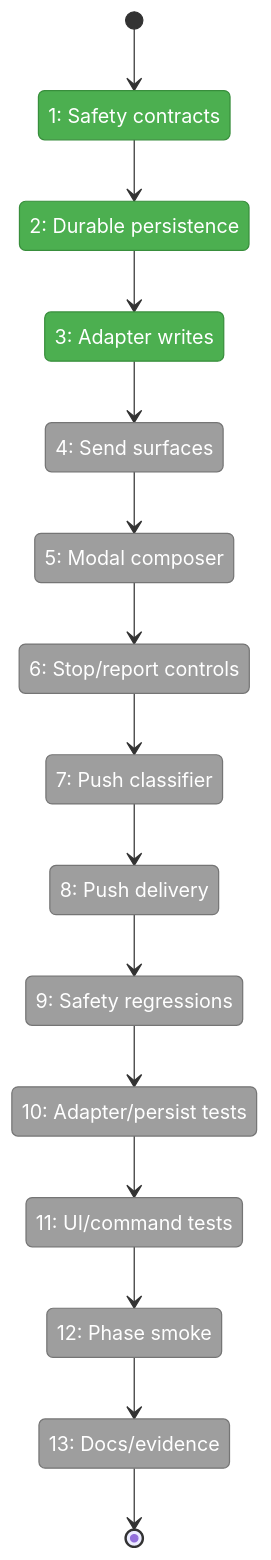
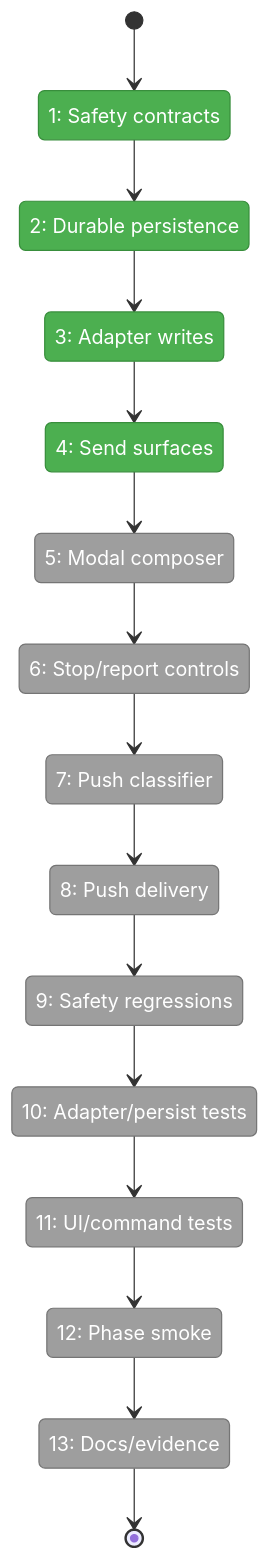
The first of 2 diagrams in docs/plans/007-options-for-pi-extensions-that-do-subagents/tasks/phase-3-interaction-push-context-and-hardening/tasks.fltplan.md (vaughanknight/pij), drawn with Mermaid before and after one commit. The commit also changed other lines of this file and 3 other files, not shown here.

````diff
--- a/docs/plans/007-options-for-pi-extensions-that-do-subagents/tasks/phase-3-interaction-push-context-and-hardening/tasks.fltplan.md
+++ b/docs/plans/007-options-for-pi-extensions-that-do-subagents/tasks/phase-3-interaction-push-context-and-hardening/tasks.fltplan.md
@@ -43,39 +43,39 @@
 ```mermaid
 stateDiagram-v2
     classDef pending fill:#9E9E9E,stroke:#757575,color:#fff
     classDef active fill:#FFC107,stroke:#FFA000,color:#000
     classDef done fill:#4CAF50,stroke:#388E3C,color:#fff
     classDef blocked fill:#F44336,stroke:#D32F2F,color:#fff
 
     state "1: Safety contracts" as S1
     state "2: Durable persistence" as S2
     state "3: Adapter writes" as S3
     state "4: Send surfaces" as S4
     state "5: Modal composer" as S5
     state "6: Stop/report controls" as S6
     state "7: Push classifier" as S7
     state "8: Push delivery" as S8
     state "9: Safety regressions" as S9
     state "10: Adapter/persist tests" as S10
     state "11: UI/command tests" as S11
     state "12: Phase smoke" as S12
     state "13: Docs/evidence" as S13
 
     [*] --> S1
     S1 --> S2
     S2 --> S3
     S3 --> S4
     S4 --> S5
     S5 --> S6
     S6 --> S7
     S7 --> S8
     S8 --> S9
     S9 --> S10
     S10 --> S11
     S11 --> S12
     S12 --> S13
     S13 --> [*]
 
-    class S1,S2,S3 done
-    class S4,S5,S6,S7,S8,S9,S10,S11,S12,S13 pending
+    class S1,S2,S3,S4 done
+    class S5,S6,S7,S8,S9,S10,S11,S12,S13 pending
 ```
````
